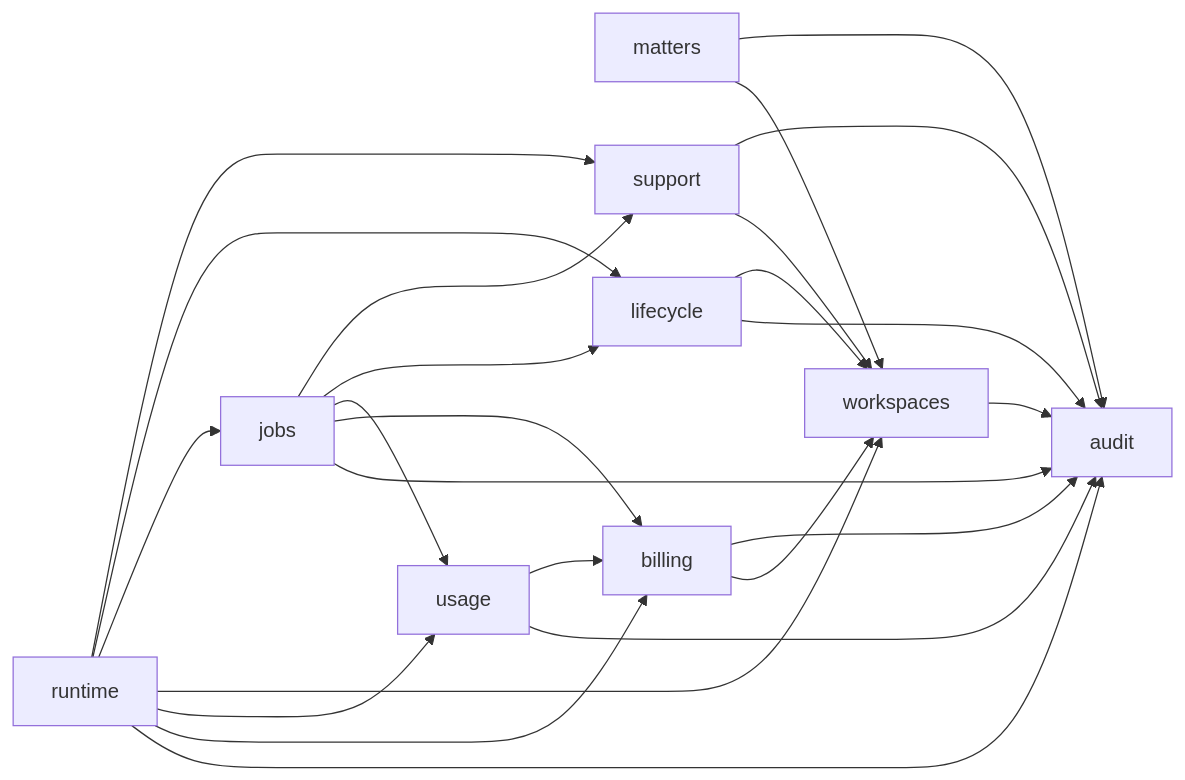
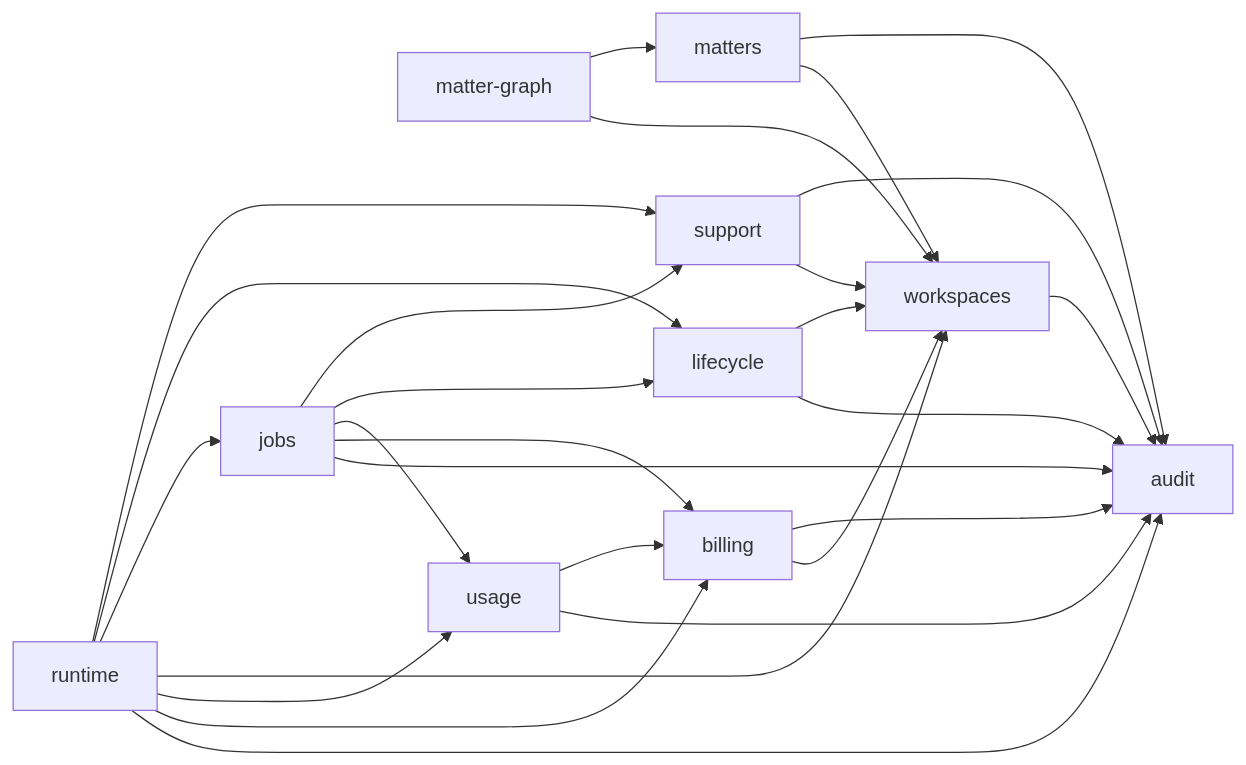
Before and after one commit to RapierCraftStudios/causedeck: the diagram in docs/engineering/core-domains.md, drawn with Mermaid. The commit also changed other lines of this file and 19 other files, not shown here.

First line of the commit message:
feat(core,validators): matter-graph services, inputs and duplicate finder (#362)

````diff
--- a/docs/engineering/core-domains.md
+++ b/docs/engineering/core-domains.md
@@ -56,26 +57,28 @@
 ```mermaid
 graph LR
   workspaces --> audit
   matters --> workspaces
   matters --> audit
+  matter-graph --> workspaces
+  matter-graph --> matters
   billing --> workspaces
   billing --> audit
   usage --> audit
   usage --> billing
   lifecycle --> audit
   lifecycle --> workspaces
   support --> workspaces
   support --> audit
   jobs --> audit
   jobs --> billing
   jobs --> usage
   jobs --> lifecycle
   jobs --> support
   runtime --> audit
   runtime --> billing
   runtime --> usage
   runtime --> workspaces
   runtime --> jobs
   runtime --> lifecycle
   runtime --> support
 ```
````
